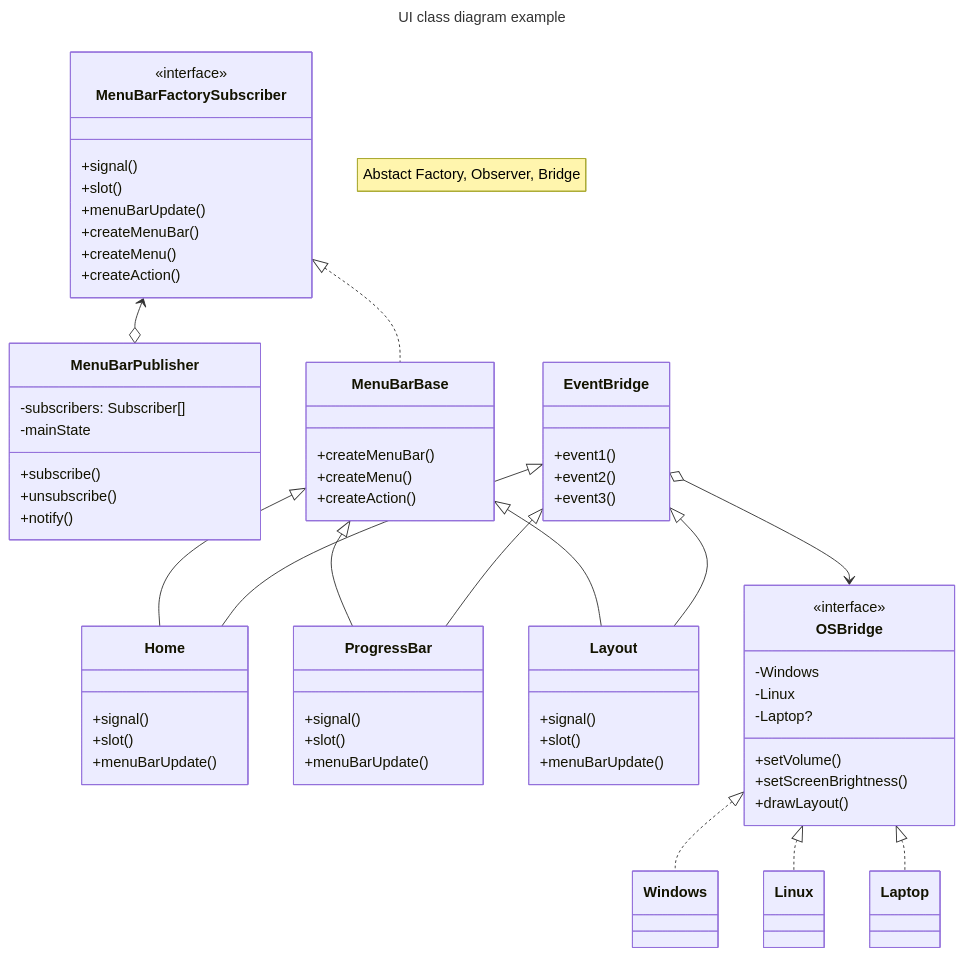
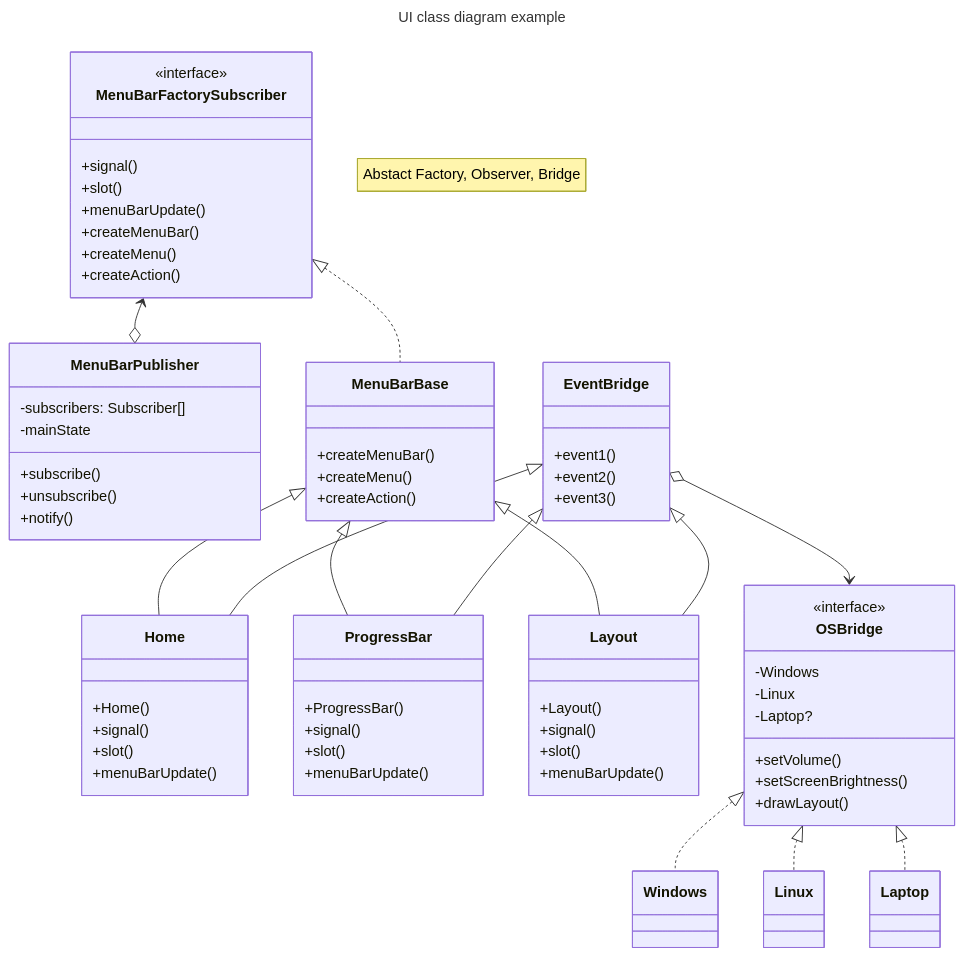
The first of 2 diagrams in qt_ws/README.md (ssarl2/cpp-practice), drawn with Mermaid before and after one commit. The commit also changed other lines of this file and 9 other files, not shown here.

````diff
--- a/qt_ws/README.md
+++ b/qt_ws/README.md
@@ -62,79 +68,82 @@
 ```mermaid
 ---
 title: UI class diagram example
 ---
 classDiagram
     note "Abstact Factory, Observer, Bridge"
     MenuBarFactorySubscriber <--o MenuBarPublisher
     MenuBarFactorySubscriber <|.. MenuBarBase
     MenuBarBase <|-- Home
     MenuBarBase <|-- ProgressBar
     MenuBarBase <|-- Layout
     EventBridge <|-- Home
     EventBridge <|-- ProgressBar
     EventBridge <|-- Layout
     EventBridge o--> OSBridge
     OSBridge <|.. Windows
     OSBridge <|.. Linux
     OSBridge <|.. Laptop
 
     class MenuBarPublisher{
         -subscribers: Subscriber[]
         -mainState
         +subscribe()
         +unsubscribe()
         +notify()
     }
     class MenuBarFactorySubscriber{
         <<interface>>
         +signal()
         +slot()
         +menuBarUpdate()
         +createMenuBar()
         +createMenu()
         +createAction()
     }
     class MenuBarBase{
         +createMenuBar()
         +createMenu()
         +createAction()
     }
     class Home{
+        +Home()
         +signal()
         +slot()
         +menuBarUpdate()
     }
     class ProgressBar{
+        +ProgressBar()
         +signal()
         +slot()
         +menuBarUpdate()
     }
     class Layout{
+        +Layout()
         +signal()
         +slot()
         +menuBarUpdate()
     }
     class EventBridge{
         +event1()
         +event2()
         +event3()
     }
     class OSBridge{
         <<interface>>
         -Windows
         -Linux
         -Laptop?
         +setVolume()
         +setScreenBrightness()
         +drawLayout()
     }
     class Windows{
 
     }
     class Linux{
 
     }
     class Laptop{
 
     }
 ```
````
